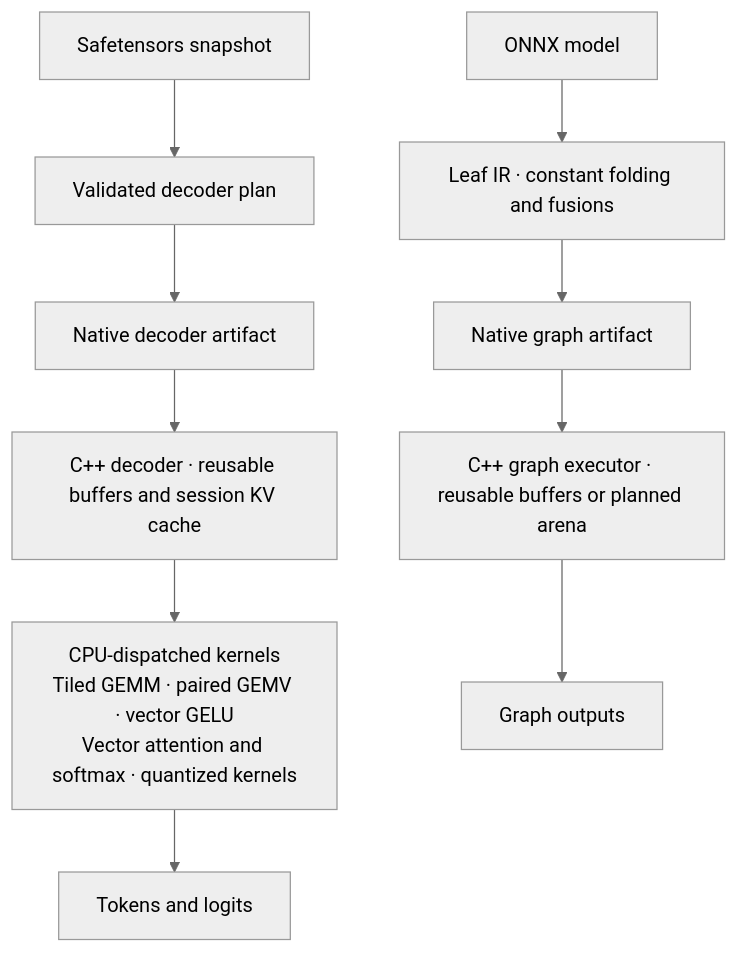
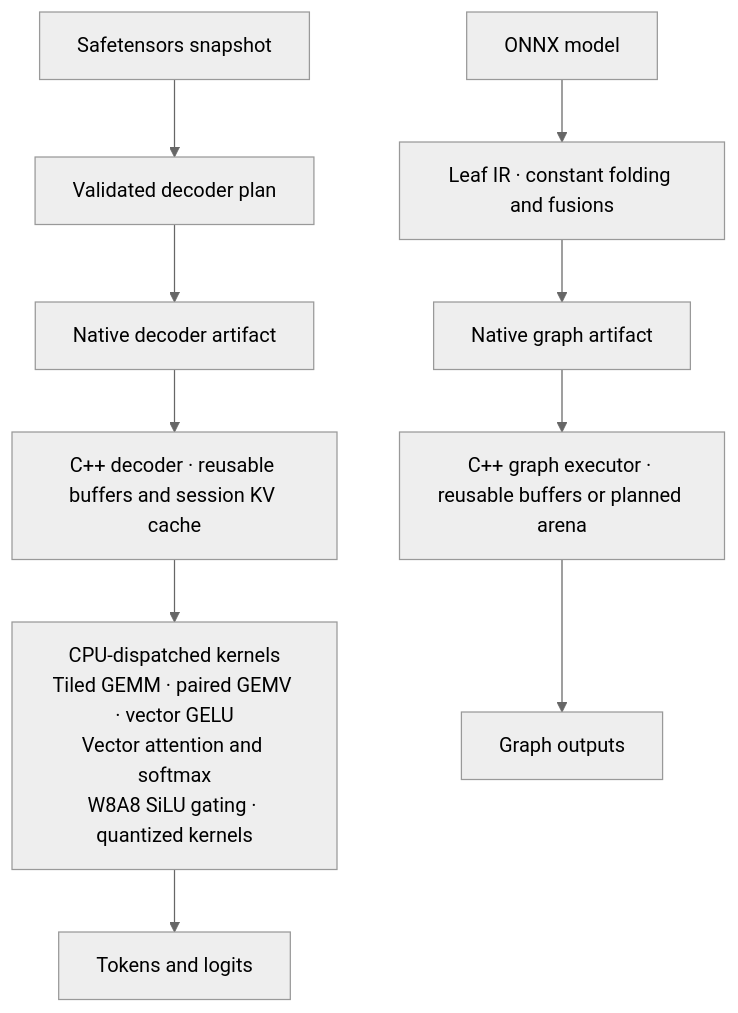
The first of 2 diagrams in README.md (Nbit-51/Leaf), drawn with Mermaid (neutral theme) before and after one commit. The commit also changed other lines of this file and 19 other files, not shown here.

````diff
--- a/README.md
+++ b/README.md
@@ -102,12 +102,12 @@
 ```mermaid
 flowchart TB
     S["Safetensors snapshot"] --> P["Validated decoder plan"]
     O["ONNX model"] --> G["Leaf IR · constant folding and fusions"]
     P --> D["Native decoder artifact"]
     G --> A["Native graph artifact"]
     D --> R["C++ decoder · reusable buffers and session KV cache"]
     A --> E["C++ graph executor · reusable buffers or planned arena"]
-    R --> K["CPU-dispatched kernels<br/>Tiled GEMM · paired GEMV · vector GELU<br/>Vector attention and softmax · quantized kernels"]
+    R --> K["CPU-dispatched kernels<br/>Tiled GEMM · paired GEMV · vector GELU<br/>Vector attention and softmax<br/>W8A8 SiLU gating · quantized kernels"]
     K --> T["Tokens and logits"]
     E --> U["Graph outputs"]
 ```
````
